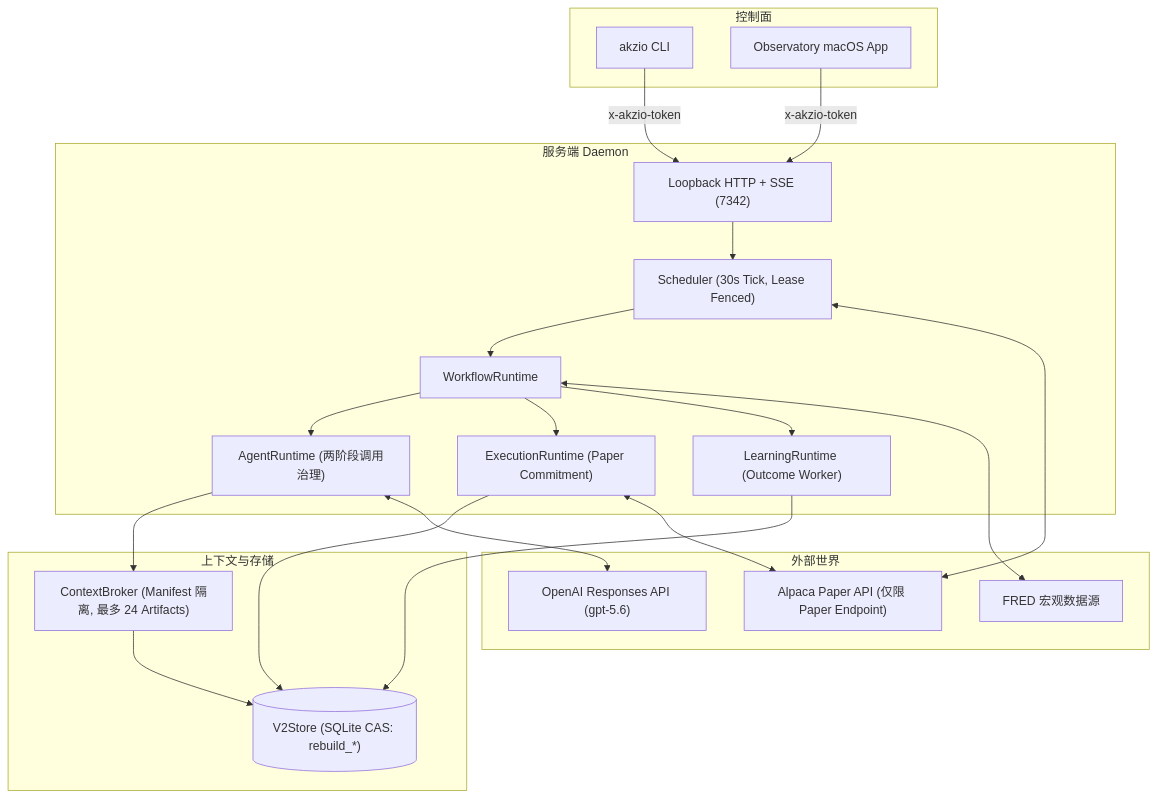
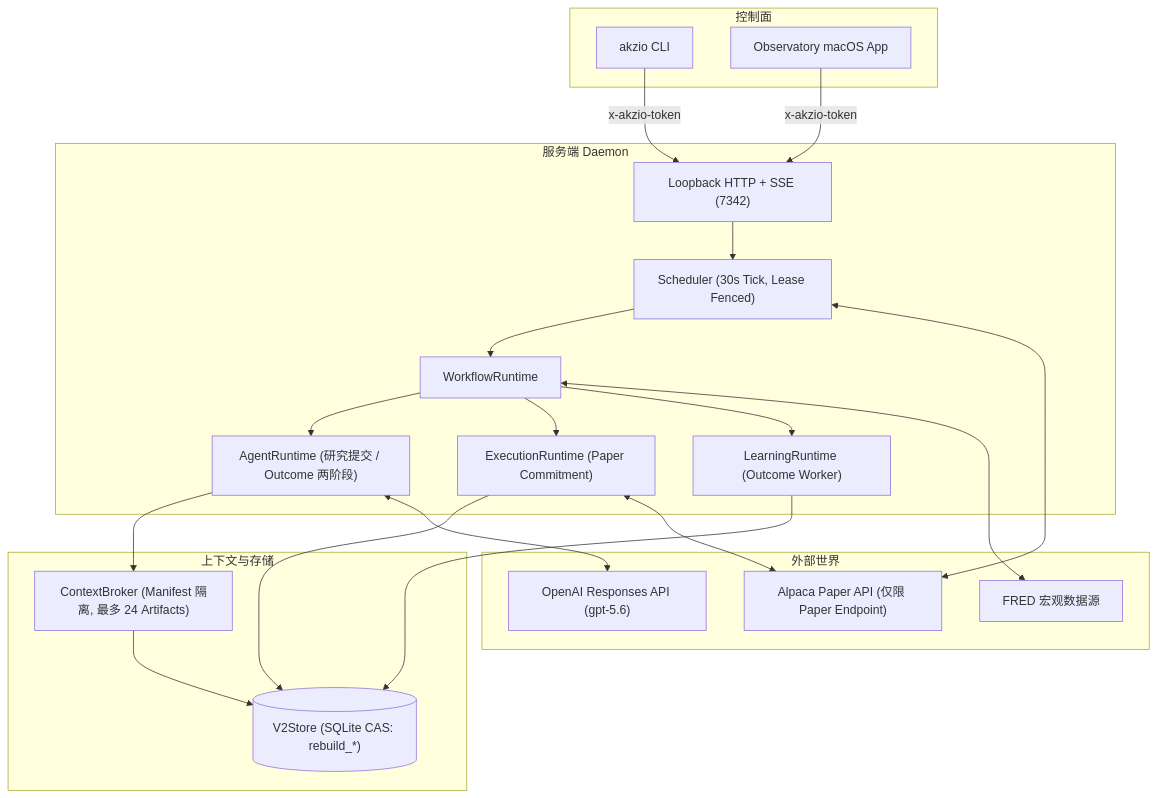
Before and after one commit to alixeu/akzio-signal-intelligence: the diagram in README.md, drawn with Mermaid. The commit also changed other lines of this file and 373 other files, not shown here.

````diff
--- a/README.md
+++ b/README.md
@@ -62,43 +62,43 @@
 ```mermaid
 flowchart TD
     subgraph 控制面
         CLI["akzio CLI"]
         App["Observatory macOS App"]
     end
 
     subgraph 服务端 Daemon
         API["Loopback HTTP + SSE (7342)"]
         Sch["Scheduler (30s Tick, Lease Fenced)"]
         WR["WorkflowRuntime"]
-        AR["AgentRuntime (两阶段调用治理)"]
+        AR["AgentRuntime (研究提交 / Outcome 两阶段)"]
         XR["ExecutionRuntime (Paper Commitment)"]
         LR["LearningRuntime (Outcome Worker)"]
     end
 
     subgraph 上下文与存储
         CB["ContextBroker (Manifest 隔离, 最多 24 Artifacts)"]
         Store[("V2Store (SQLite CAS: rebuild_*)")]
     end
 
     subgraph 外部世界
         OpenAI["OpenAI Responses API (gpt-5.6)"]
         Alpaca["Alpaca Paper API (仅限 Paper Endpoint)"]
         FRED["FRED 宏观数据源"]
     end
 
     CLI -->|x-akzio-token| API
     App -->|x-akzio-token| API
     API --> Sch
     Sch --> WR
     WR --> AR
     WR --> XR
     WR --> LR
     AR --> CB
     CB --> Store
     XR --> Store
     LR --> Store
     AR <--> OpenAI
     XR <--> Alpaca
     Sch <--> Alpaca
     WR <--> FRED
 ```
````
